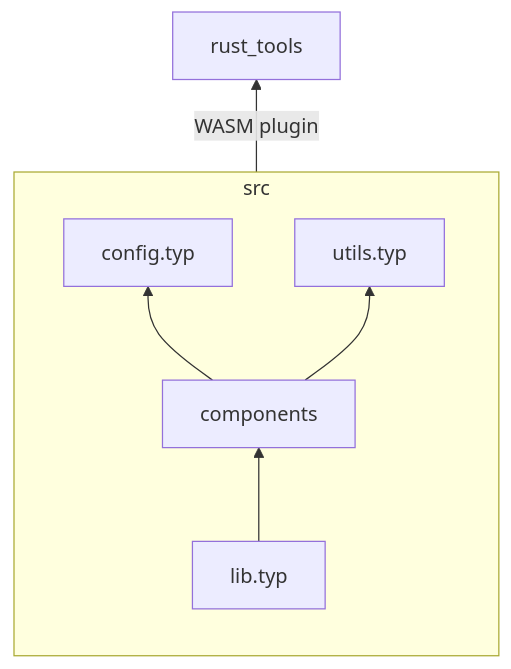
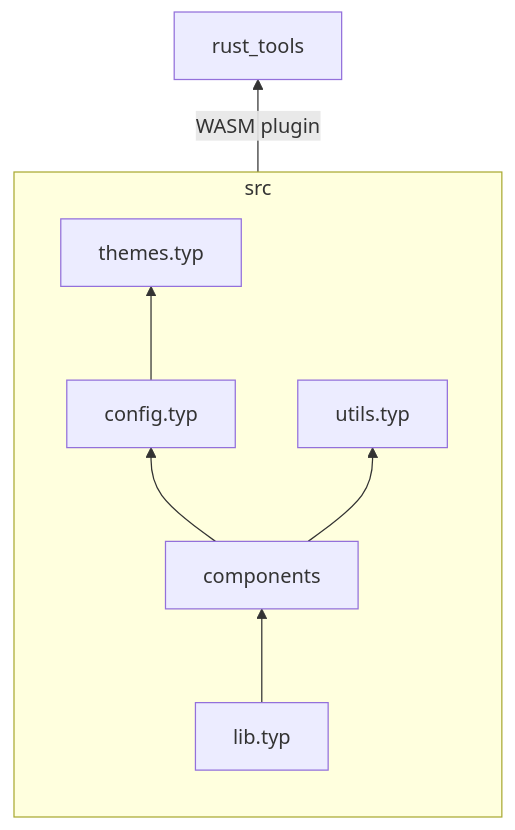
The first of 2 diagrams in docs/architecture.md (TheJiahao/laskutys), drawn with Mermaid before and after one commit. The commit also changed other lines of this file, not shown here.

````diff
--- a/docs/architecture.md
+++ b/docs/architecture.md
@@ -10,12 +10,13 @@
 ```mermaid
 graph BT
 src -- "WASM plugin" --> rust_tools
 
 subgraph src
     direction BT
     components --> config.typ
     components --> utils.typ
     
+    config.typ --> themes.typ
     lib.typ --> components
 end
 ```
````
